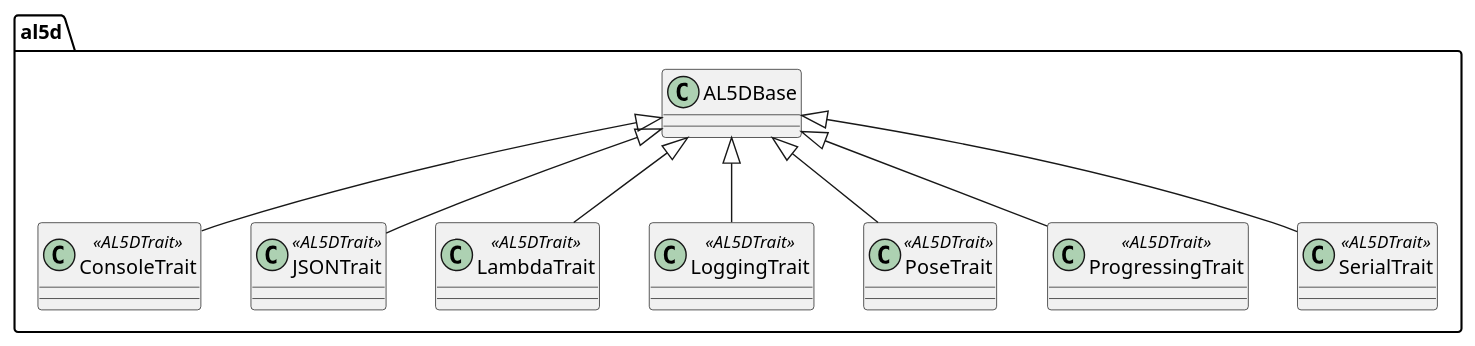
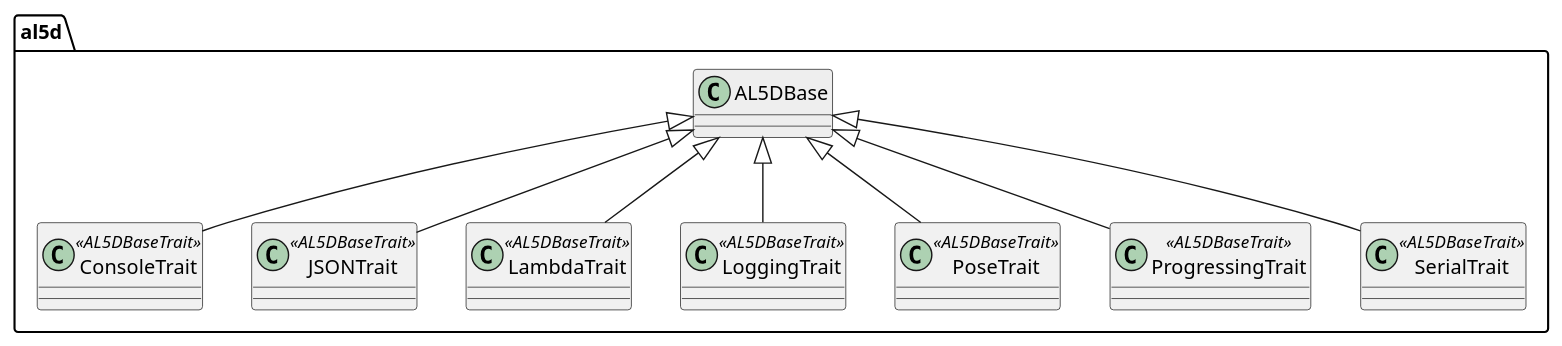
Before and after one commit to bscp/al5d_cpp: the diagram in doc/class_design_base_traits.puml, drawn with PlantUML. The commit also changed 12 other files, not shown here.

Commit message:
Update diagrams

```diff
--- a/doc/class_design_base_traits.puml
+++ b/doc/class_design_base_traits.puml
@@ -1,21 +1,23 @@
 @startuml
 
 namespace al5d {
-    class ConsoleTrait<<AL5DTrait>>
-    class JSONTrait<<AL5DTrait>>
-    class LambdaTrait<<AL5DTrait>>
-    class LoggingTrait<<AL5DTrait>>
-    class PoseTrait<<AL5DTrait>>
-    class ProgressingTrait<<AL5DTrait>>
-    class SerialTrait<<AL5DTrait>>
+    class AL5DBase #eee
+
+    class ConsoleTrait<<AL5DBaseTrait>>
+    class JSONTrait<<AL5DBaseTrait>>
+    class LambdaTrait<<AL5DBaseTrait>>
+    class LoggingTrait<<AL5DBaseTrait>>
+    class PoseTrait<<AL5DBaseTrait>>
+    class ProgressingTrait<<AL5DBaseTrait>>
+    class SerialTrait<<AL5DBaseTrait>>
 
     AL5DBase <|-- ConsoleTrait
     AL5DBase <|-- JSONTrait
     AL5DBase <|-- LambdaTrait
     AL5DBase <|-- LoggingTrait
     AL5DBase <|-- PoseTrait
     AL5DBase <|-- ProgressingTrait
     AL5DBase <|-- SerialTrait
 }
 
 @enduml
```
